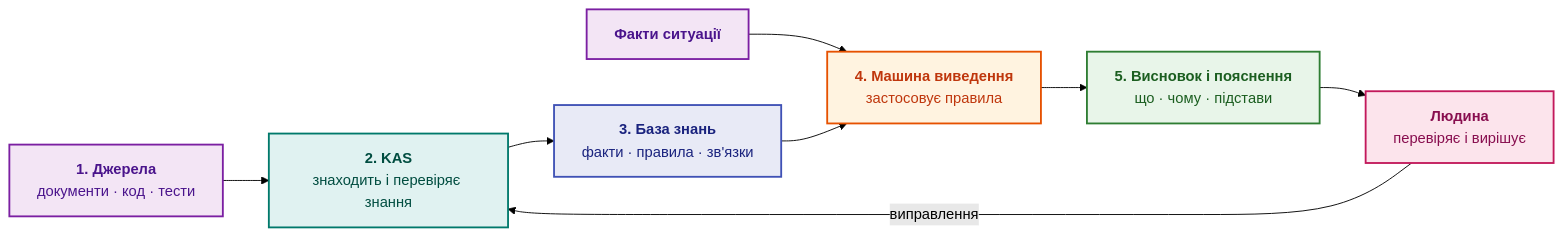
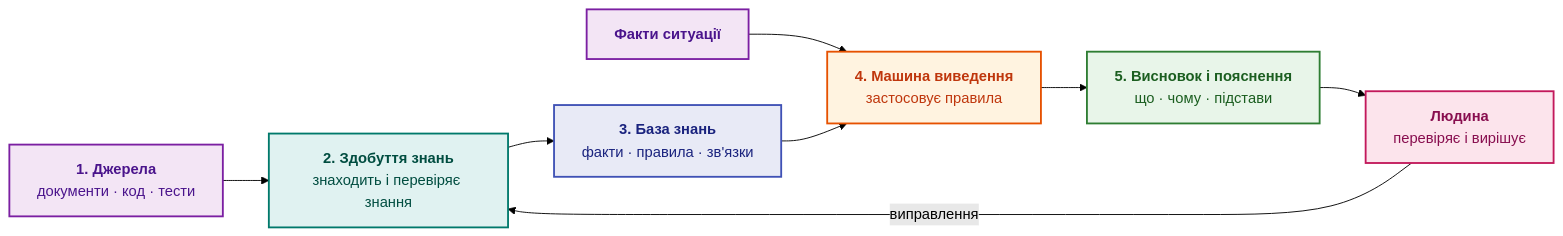
The third of 3 diagrams in ExpertSystem/ch01-introduction-to-expert-systems.md (nick-fedchik/articles), drawn with Mermaid (forest theme) before and after one commit. The commit also changed other lines of this file and 1 other file, not shown here.

````diff
--- a/ExpertSystem/ch01-introduction-to-expert-systems.md
+++ b/ExpertSystem/ch01-introduction-to-expert-systems.md
@@ -593,27 +309,27 @@
 ```mermaid
 flowchart LR
-    accTitle: Мінімальна архітектура експертної системи для R&D
+    accTitle: Мінімальна архітектура експертної системи
     accDescr: Документи й результати тестів проходять через систему здобуття знань до бази знань, після чого машина виведення формує пояснений висновок для людини.
 
-    SRC["<b>1. Джерела</b><br/>документи · код · тести"] --> KAS["<b>2. KAS</b><br/>знаходить і перевіряє знання"]
+    SRC["<b>1. Джерела</b><br/>документи · код · тести"] --> KAS["<b>2. Здобуття знань</b><br/>знаходить і перевіряє знання"]
     KAS --> KB["<b>3. База знань</b><br/>факти · правила · зв'язки"]
     CASE["<b>Факти ситуації</b>"] --> IE["<b>4. Машина виведення</b><br/>застосовує правила"]
     KB --> IE
     IE --> OUT["<b>5. Висновок і пояснення</b><br/>що · чому · підстави"]
     OUT --> HUM["<b>Людина</b><br/>перевіряє і вирішує"]
     HUM -->|"виправлення"| KAS
 
     classDef src fill:#f3e5f5,stroke:#7b1fa2,stroke-width:2px,color:#4a148c;
     classDef kas fill:#e0f2f1,stroke:#00796b,stroke-width:2px,color:#004d40;
     classDef kb fill:#e8eaf6,stroke:#3f51b5,stroke-width:2px,color:#1a237e;
     classDef ie fill:#fff3e0,stroke:#e65100,stroke-width:2px,color:#bf360c;
     classDef out fill:#e8f5e9,stroke:#2e7d32,stroke-width:2px,color:#1b5e20;
     classDef hum fill:#fce4ec,stroke:#c2185b,stroke-width:2px,color:#880e4f;
 
     class SRC,CASE src;
     class KAS kas;
     class KB kb;
     class IE ie;
     class OUT out;
     class HUM hum;
 ```
````
